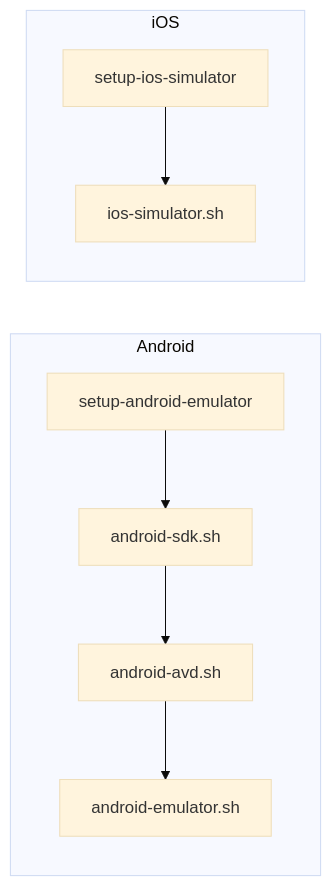
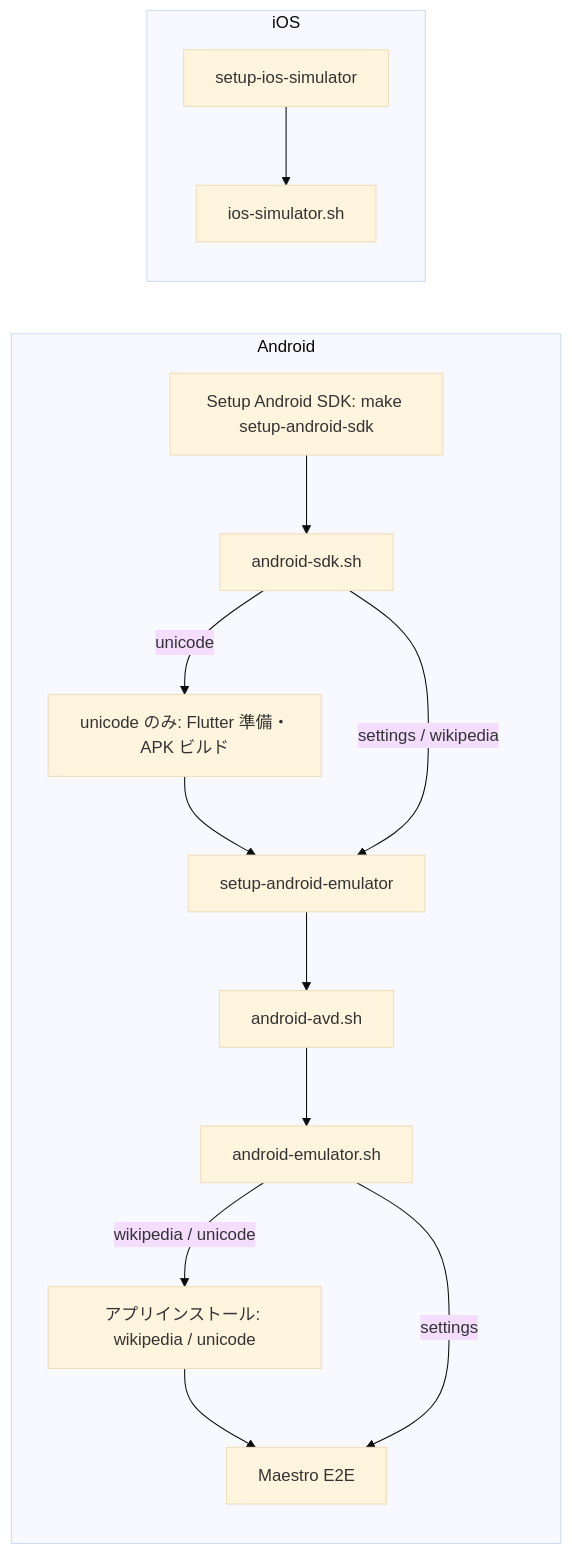
The fifth of 6 diagrams in docs/ARCHITECTURE.md (gkzz/maestro-playground), drawn with Mermaid (base theme) before and after one commit. The commit also changed other lines of this file and 18 other files, not shown here.

First line of the commit message:
Test/ios android japanese input (#27)

````diff
--- a/docs/ARCHITECTURE.md
+++ b/docs/ARCHITECTURE.md
@@ -128,18 +136,28 @@
 ```mermaid
 flowchart LR
   subgraph Android
     androidAction[setup-android-emulator]
     androidSdk[android-sdk.sh]
     androidAvd[android-avd.sh]
     androidEmulator[android-emulator.sh]
 
-    androidAction --> androidSdk --> androidAvd --> androidEmulator
+    sdkStep[Setup Android SDK: make setup-android-sdk]
+    flutterBuild[unicode のみ: Flutter 準備・APK ビルド]
+    install[アプリインストール: wikipedia / unicode]
+    test[Maestro E2E]
+
+    sdkStep --> androidSdk
+    androidSdk -->|unicode| flutterBuild --> androidAction
+    androidSdk -->|settings / wikipedia| androidAction
+    androidAction --> androidAvd --> androidEmulator
+    androidEmulator -->|wikipedia / unicode| install --> test
+    androidEmulator -->|settings| test
   end
 
   subgraph iOS
     iosAction[setup-ios-simulator]
     iosSimulator[ios-simulator.sh]
 
     iosAction --> iosSimulator
   end
 ```
````
